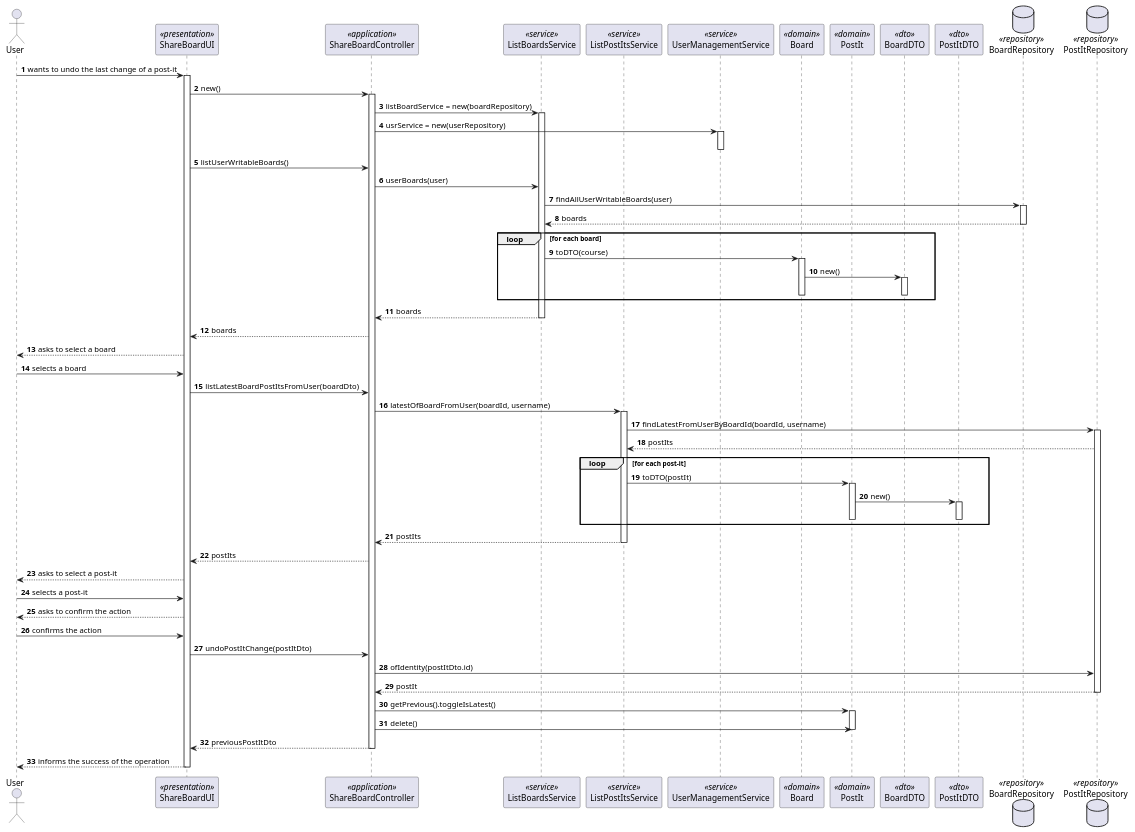
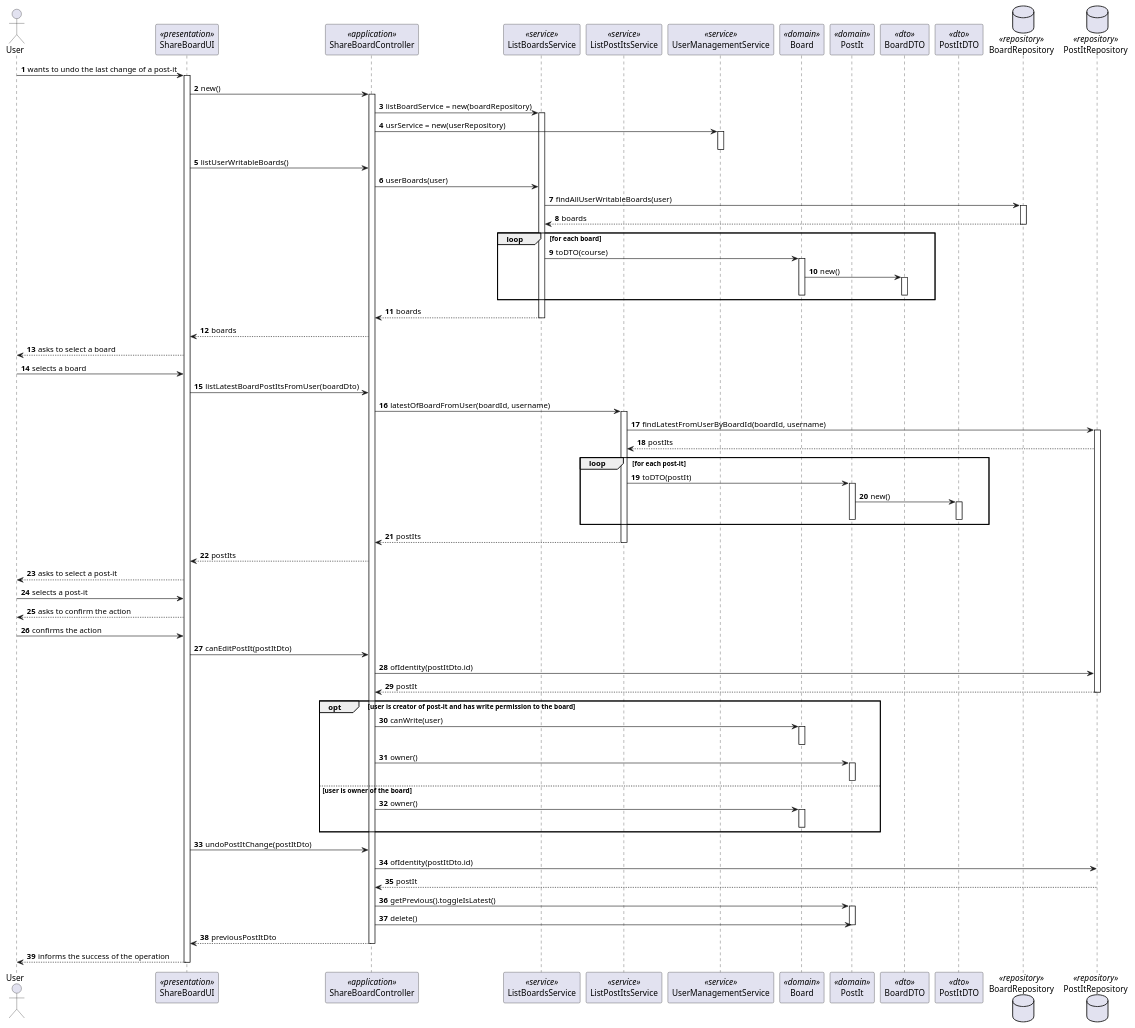
One commit to miseEnPlace-dev/lapr4 changed the diagram in docs/sprint-c/us33-3008/US3008_SD.puml. Above: the diagram before and after it, drawn with PlantUML.

Commit message:
docs(us-3008): updated sd
Refs: #62

```diff
--- a/docs/sprint-c/us33-3008/US3008_SD.puml
+++ b/docs/sprint-c/us33-3008/US3008_SD.puml
@@ -1,116 +1,138 @@
 @startuml US3008_SD
 autonumber
 
 actor "User" as U
 participant "ShareBoardUI" as UI <<presentation>>
 participant "ShareBoardController" as CTRL <<application>>
 participant "ListBoardsService" as BOARDSVC <<service>>
 participant "ListPostItsService" as POSTITSVC <<service>>
 participant "UserManagementService" as USRSVC <<service>>
 participant "Board" as B <<domain>>
 participant "PostIt" as P <<domain>>
 participant "BoardDTO" as BDTO <<dto>>
 participant "PostItDTO" as PDTO <<dto>>
 
 database BoardRepository as BOARDREP <<repository>>
 database PostItRepository as POSTITREP <<repository>>
 
 U -> UI : wants to undo the last change of a post-it
 activate UI
   UI -> CTRL : new()
   activate CTRL
     CTRL -> BOARDSVC : listBoardService = new(boardRepository)
     activate BOARDSVC
     ' deactivate BOARDSVC
 
     CTRL -> USRSVC : usrService = new(userRepository)
     activate USRSVC
     deactivate USRSVC
   ' deactivate CTRL
 
   UI -> CTRL : listUserWritableBoards()
   ' activate CTRL
     CTRL -> BOARDSVC : userBoards(user)
     ' activate BOARDSVC
       BOARDSVC -> BOARDREP : findAllUserWritableBoards(user)
       activate BOARDREP
          BOARDSVC <-- BOARDREP : boards
       deactivate BOARDREP
 
       loop for each board
         BOARDSVC -> B : toDTO(course)
         activate B
           B -> BDTO : new()
           activate BDTO
           deactivate BDTO
         deactivate B
       end loop
 
       CTRL <-- BOARDSVC : boards
     deactivate BOARDSVC
     UI <-- CTRL : boards
   ' deactivate CTRL
 
   U <-- UI : asks to select a board
 ' deactivate UI
 
 U -> UI : selects a board
 ' activate UI
   UI -> CTRL : listLatestBoardPostItsFromUser(boardDto)
   ' activate CTRL
     CTRL -> POSTITSVC : latestOfBoardFromUser(boardId, username)
     activate POSTITSVC
       POSTITSVC -> POSTITREP : findLatestFromUserByBoardId(boardId, username)
       activate POSTITREP
         POSTITSVC <-- POSTITREP : postIts
       ' deactivate POSTITREP
 
       loop for each post-it
         POSTITSVC -> P : toDTO(postIt)
         activate P
           P -> PDTO : new()
           activate PDTO
           deactivate PDTO
         deactivate P
       end loop
 
       CTRL <-- POSTITSVC : postIts
     deactivate POSTITSVC
 
     UI <-- CTRL : postIts
   ' deactivate CTRL
 
   U <-- UI : asks to select a post-it
 ' deactivate UI
 
 U -> UI : selects a post-it
 ' activate UI
   U <-- UI : asks to confirm the action
 ' deactivate UI
 
 U -> UI : confirms the action
 ' activate UI
+  UI -> CTRL : canEditPostIt(postItDto)
+  ' activate CTRL
+    CTRL -> POSTITREP : ofIdentity(postItDto.id)
+    ' activate POSTITREP
+      CTRL <-- POSTITREP : postIt
+    deactivate POSTITREP
+
+    opt user is creator of post-it and has write permission to the board
+      CTRL -> B : canWrite(user)
+      activate B
+      deactivate B
+
+      CTRL -> P : owner()
+      activate P
+      deactivate P
+
+    else user is owner of the board
+      CTRL -> B : owner()
+      activate B
+      deactivate B
+    end
+
   UI -> CTRL : undoPostItChange(postItDto)
   ' activate CTRL
     CTRL -> POSTITREP : ofIdentity(postItDto.id)
     ' activate POSTITREP
       CTRL <-- POSTITREP : postIt
     deactivate POSTITREP
 
     CTRL -> P : getPrevious().toggleIsLatest()
     activate P
     ' deactivate P
 
     CTRL -> P : delete()
     ' activate P
     deactivate P
 
     UI <-- CTRL : previousPostItDto
   deactivate CTRL
 
   U <-- UI : informs the success of the operation
 deactivate UI
 
 deactivate U
 
 @enduml
```
